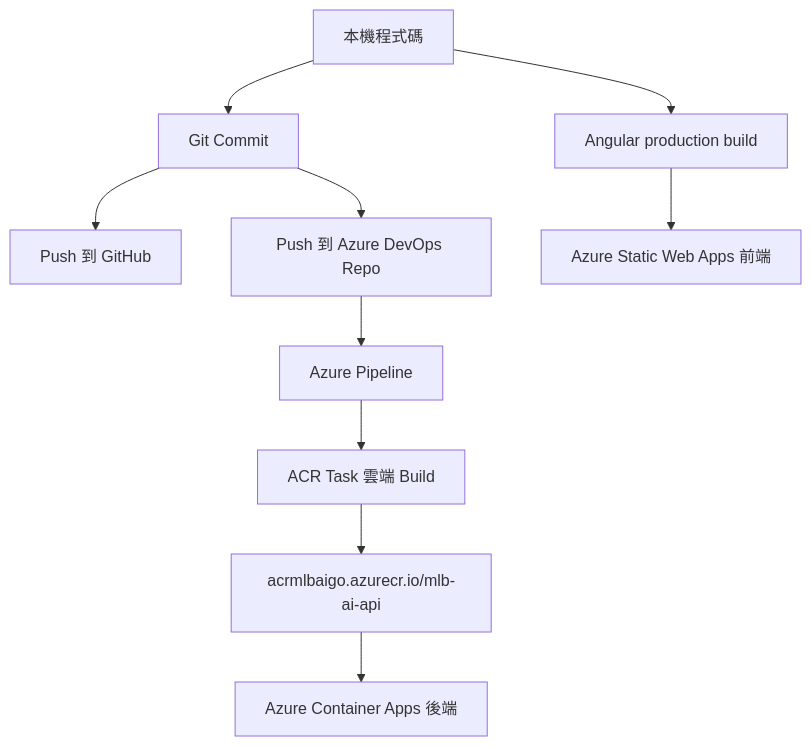
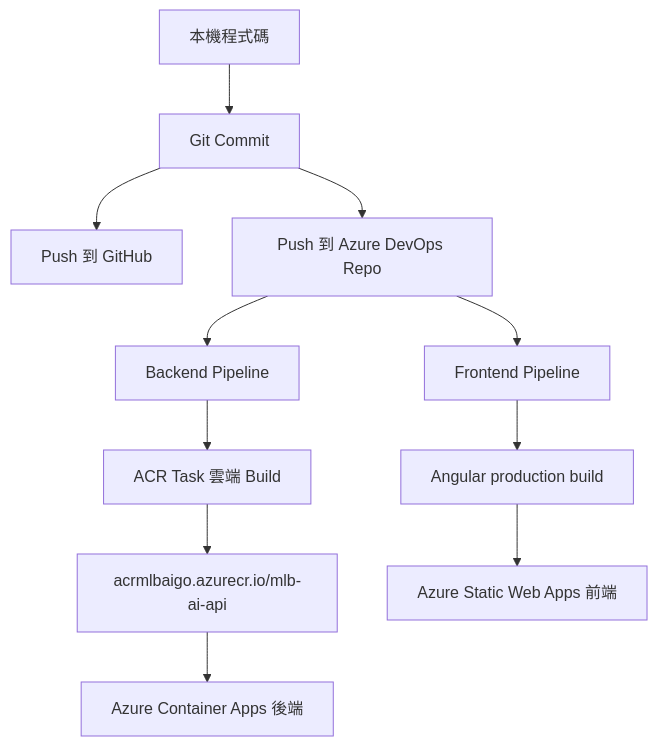
Before and after one commit to sungYiCheng/MLB: the third of 4 diagrams in docs/learning-record.md, drawn with Mermaid. The commit also changed other lines of this file and 6 other files, not shown here.

````diff
--- a/docs/learning-record.md
+++ b/docs/learning-record.md
@@ -77,12 +79,13 @@
 ```mermaid
 flowchart TD
     Code[本機程式碼] --> Commit[Git Commit]
     Commit --> GitHub[Push 到 GitHub]
     Commit --> AzureRepo[Push 到 Azure DevOps Repo]
-    AzureRepo --> Pipeline[Azure Pipeline]
-    Pipeline --> Build[ACR Task 雲端 Build]
+    AzureRepo --> BackendPipeline[Backend Pipeline]
+    AzureRepo --> FrontendPipeline[Frontend Pipeline]
+    BackendPipeline --> Build[ACR Task 雲端 Build]
     Build --> Image[acrmlbaigo.azurecr.io/mlb-ai-api]
     Image --> ContainerApp[Azure Container Apps 後端]
-    Code --> FrontendBuild[Angular production build]
+    FrontendPipeline --> FrontendBuild[Angular production build]
     FrontendBuild --> StaticWebApp[Azure Static Web Apps 前端]
 ```
````
